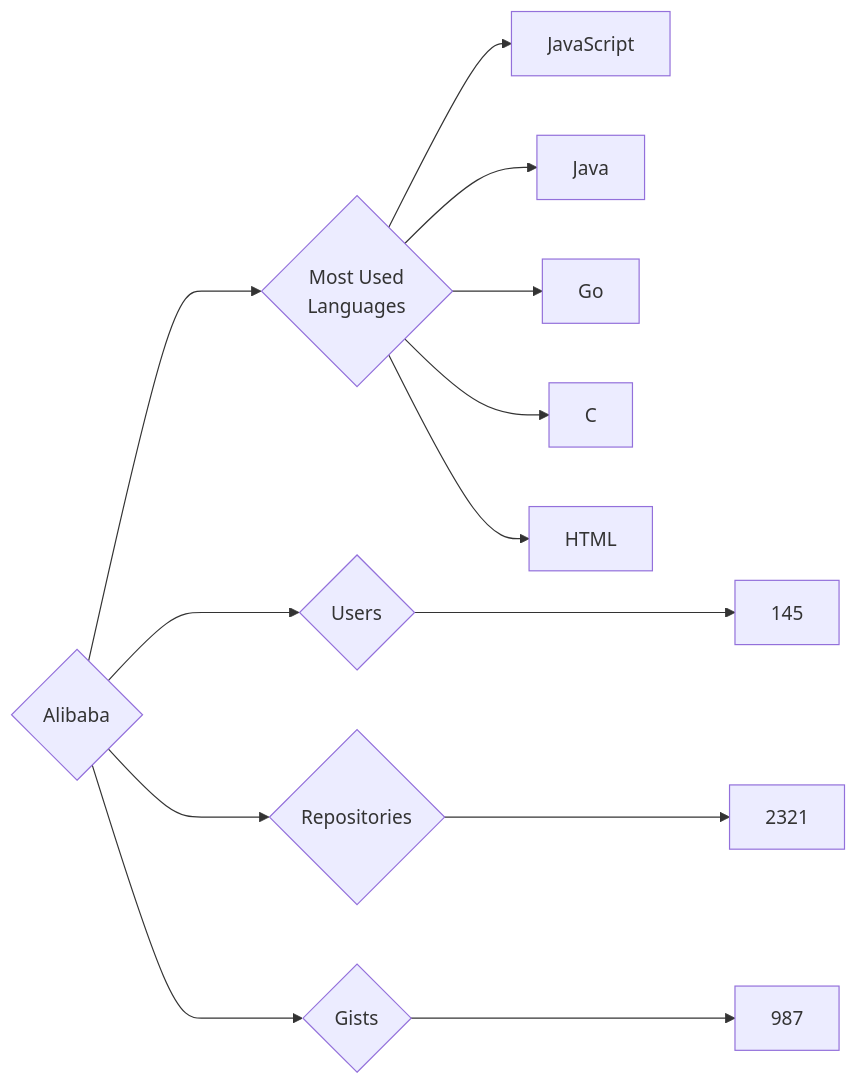
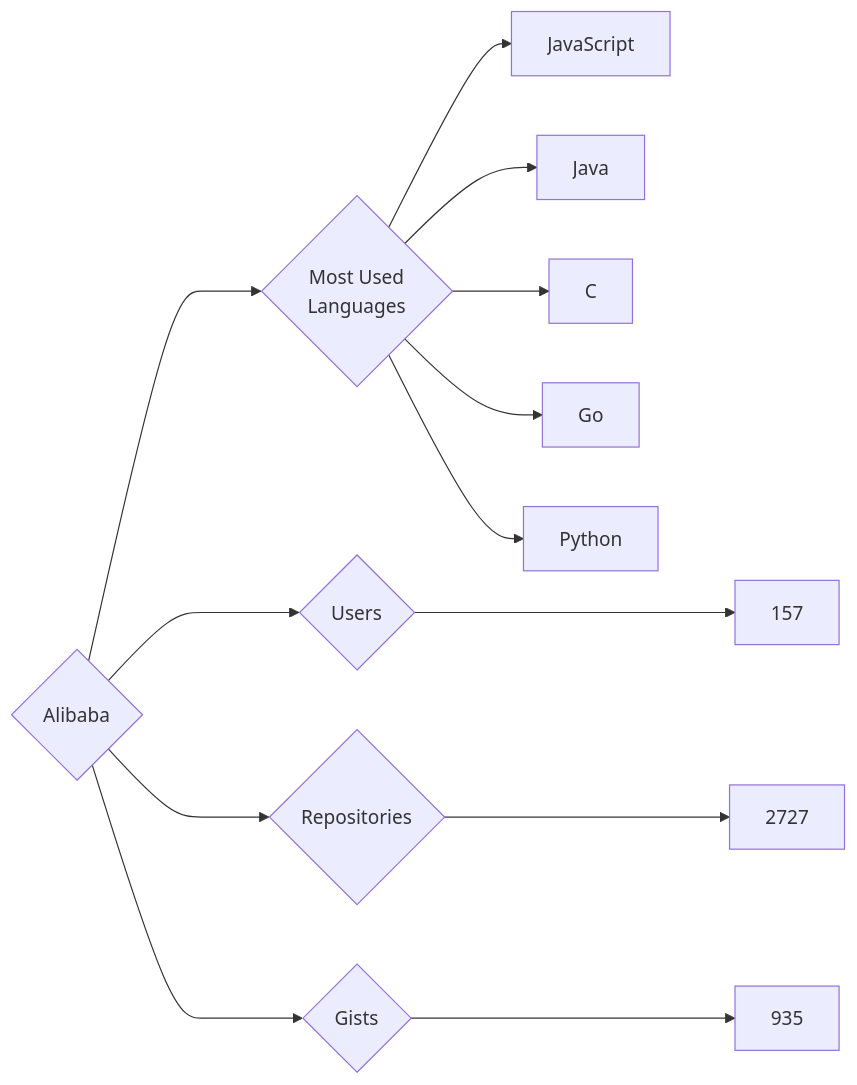
One commit to trickest/insiders changed the diagram in targets/Alibaba/README.md. Above: the diagram before and after it, drawn with Mermaid. The commit also changed 847 other files, not shown here.

````diff
--- a/targets/Alibaba/README.md
+++ b/targets/Alibaba/README.md
@@ -3,13 +3,13 @@
 ```mermaid
 graph LR
 COMPANY_NAME{Alibaba}
-COMPANY_NAME ---> U{Users} ---> UN[145]
-COMPANY_NAME ---> R{Repositories} ---> RN[2321]
-COMPANY_NAME ---> G{Gists} ---> GN[987]
+COMPANY_NAME ---> U{Users} ---> UN[157]
+COMPANY_NAME ---> R{Repositories} ---> RN[2727]
+COMPANY_NAME ---> G{Gists} ---> GN[935]
 COMPANY_NAME ---> ML{Most Used<br>Languages}
 ML --> JavaScript[JavaScript]
 ML --> Java[Java]
+ML --> C[C]
 ML --> Go[Go]
-ML --> C[C]
-ML --> HTML[HTML]
+ML --> Python[Python]
 ```
````
